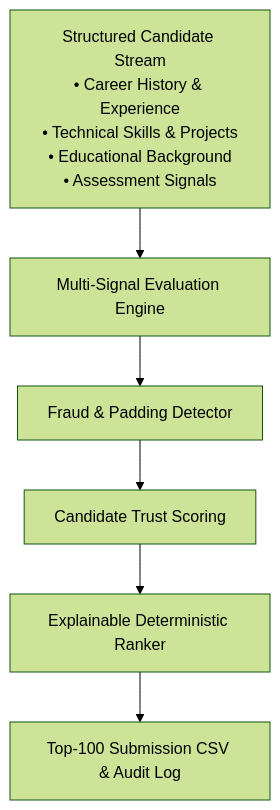
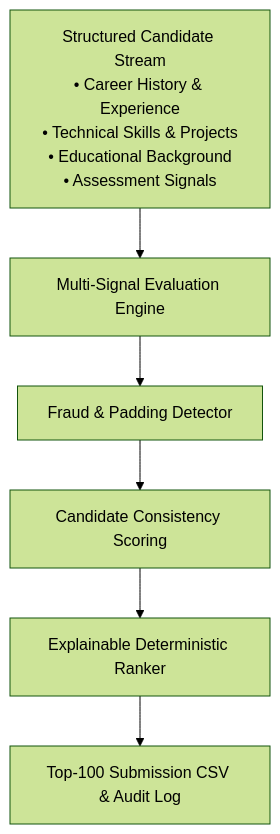
The second of 2 diagrams in README.md (Anub-356/TalentForge-AI), drawn with Mermaid (forest theme) before and after one commit. The commit also changed other lines of this file, not shown here.

Commit message:
docs: apply conservative wording polish (technical skill evaluation, candidate consistency scoring, behavioral intelligence, and timeline overlap)

````diff
--- a/README.md
+++ b/README.md
@@ -51,8 +51,8 @@
 ```mermaid
 flowchart TD
     Inputs["Structured Candidate Stream<br/>• Career History & Experience<br/>• Technical Skills & Projects<br/>• Educational Background<br/>• Assessment Signals"] --> Eval["Multi-Signal Evaluation Engine"]
     Eval --> Fraud["Fraud & Padding Detector"]
-    Fraud --> Trust["Candidate Trust Scoring"]
+    Fraud --> Trust["Candidate Consistency Scoring"]
     Trust --> Rank["Explainable Deterministic Ranker"]
     Rank --> Output["Top-100 Submission CSV & Audit Log"]
 ```
````
